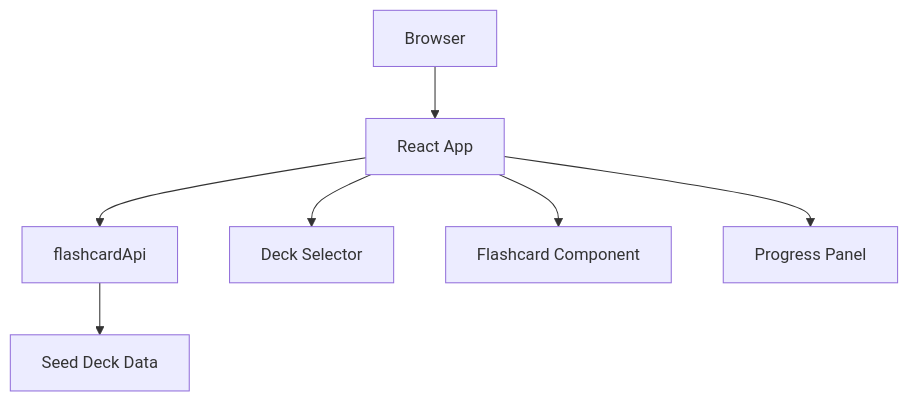
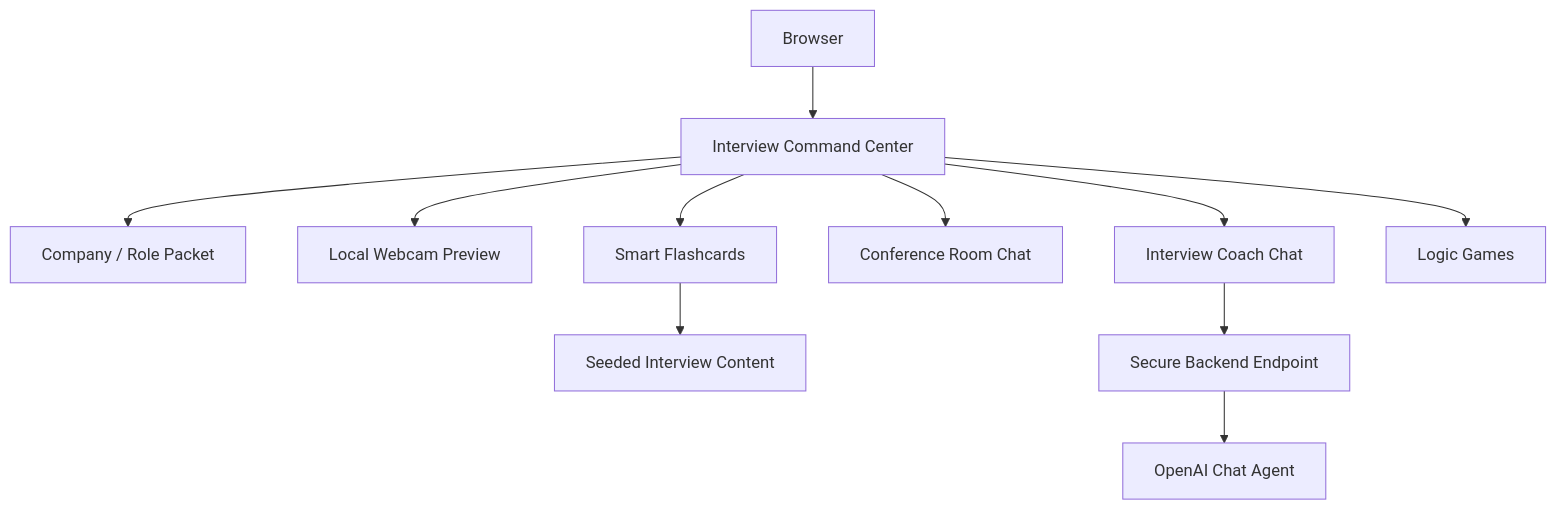
The first of 2 diagrams in docs/architecture.md (rohanpurohit7/Flashcard-App), drawn with Mermaid before and after one commit. The commit also changed other lines of this file and 7 other files, not shown here.

Commit message:
Consolidate interview prep command center

````diff
--- a/docs/architecture.md
+++ b/docs/architecture.md
@@ -5,9 +5,13 @@
 ```mermaid
 flowchart TD
-    Browser[Browser] --> React[React App]
-    React --> API[flashcardApi]
-    API --> Seed[Seed Deck Data]
-    React --> DeckSelector[Deck Selector]
-    React --> Flashcard[Flashcard Component]
-    React --> Progress[Progress Panel]
+    Browser[Browser] --> App[Interview Command Center]
+    App --> Packet[Company / Role Packet]
+    App --> Webcam[Local Webcam Preview]
+    App --> SmartCards[Smart Flashcards]
+    App --> Rooms[Conference Room Chat]
+    App --> Coach[Interview Coach Chat]
+    App --> Games[Logic Games]
+    SmartCards --> Content[Seeded Interview Content]
+    Coach --> Boundary[Secure Backend Endpoint]
+    Boundary --> OpenAI[OpenAI Chat Agent]
 ```
````
